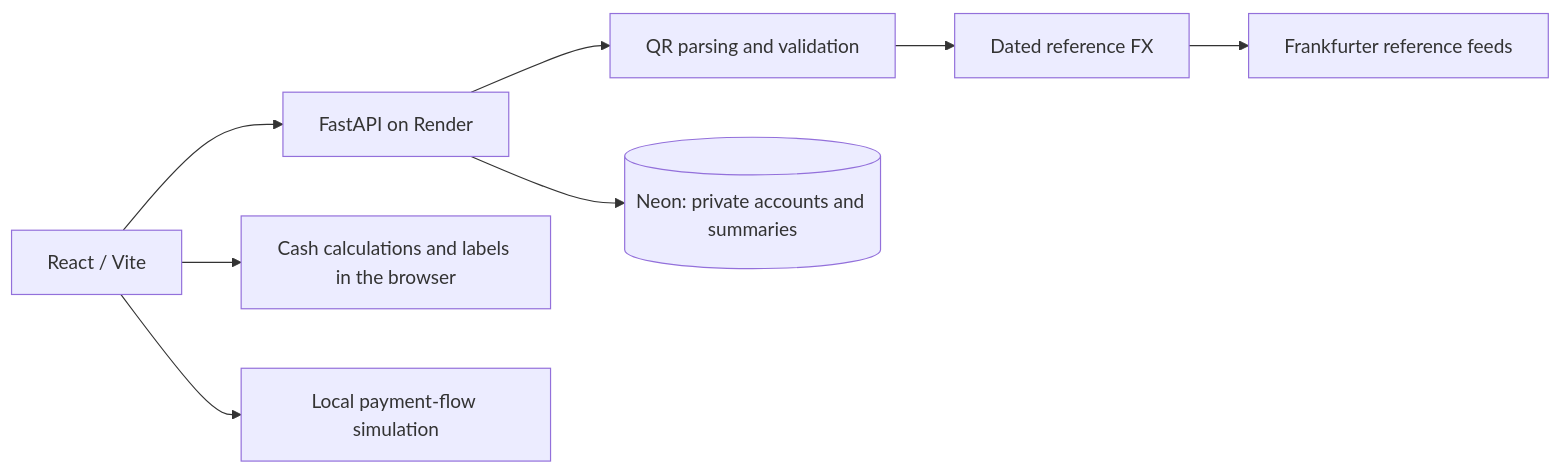
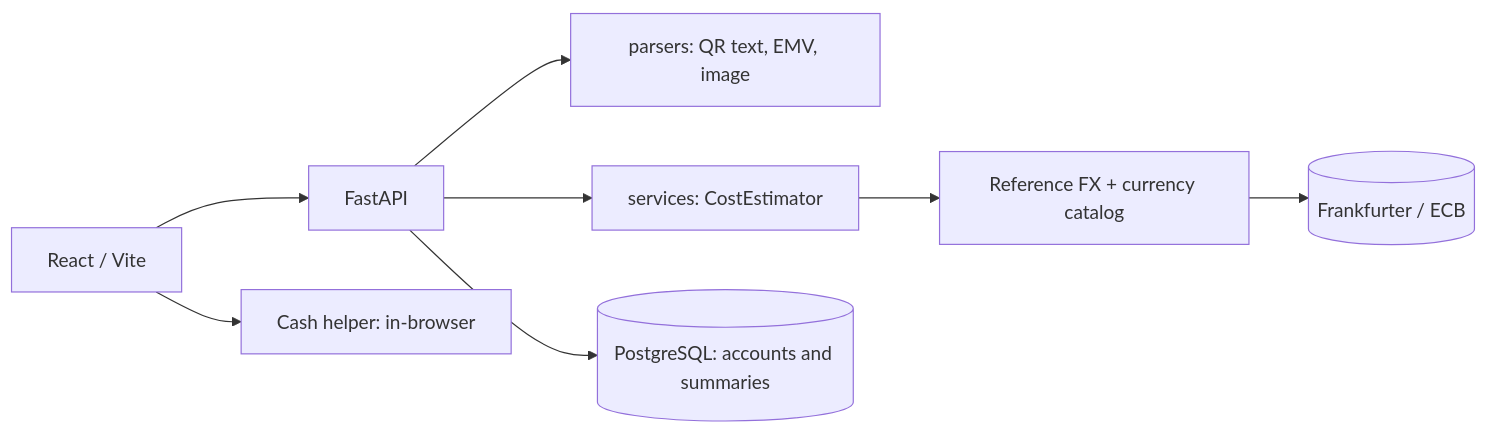
One commit to shriyansh123-ux/qr-payment-agent changed the diagram in README.md. Above: the diagram before and after it, drawn with Mermaid. The commit also changed other lines of this file and 130 other files, not shown here.

````diff
--- a/README.md
+++ b/README.md
@@ -75,10 +43,10 @@
 ```mermaid
 flowchart LR
-    UI[React / Vite] --> API[FastAPI on Render]
-    UI --> Cash[Cash calculations and labels in the browser]
-    UI --> Simulation[Local payment-flow simulation]
-    API --> Parser[QR parsing and validation]
-    Parser --> FX[Dated reference FX]
-    FX --> Rates[Frankfurter reference feeds]
-    API --> DB[(Neon: private accounts and summaries)]
+    UI[React / Vite] --> API[FastAPI]
+    UI --> Cash[Cash helper: in-browser]
+    API --> Parsers[parsers: QR text, EMV, image]
+    API --> Estimator[services: CostEstimator]
+    Estimator --> FX[Reference FX + currency catalog]
+    FX --> Frankfurter[(Frankfurter / ECB)]
+    API --> DB[(PostgreSQL: accounts and summaries)]
 ```
````
